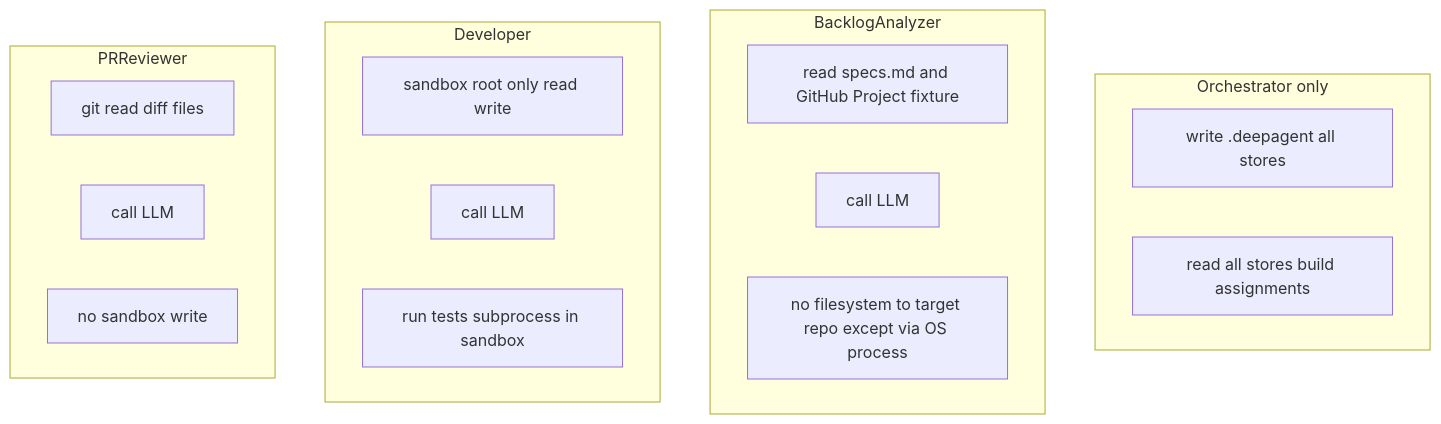
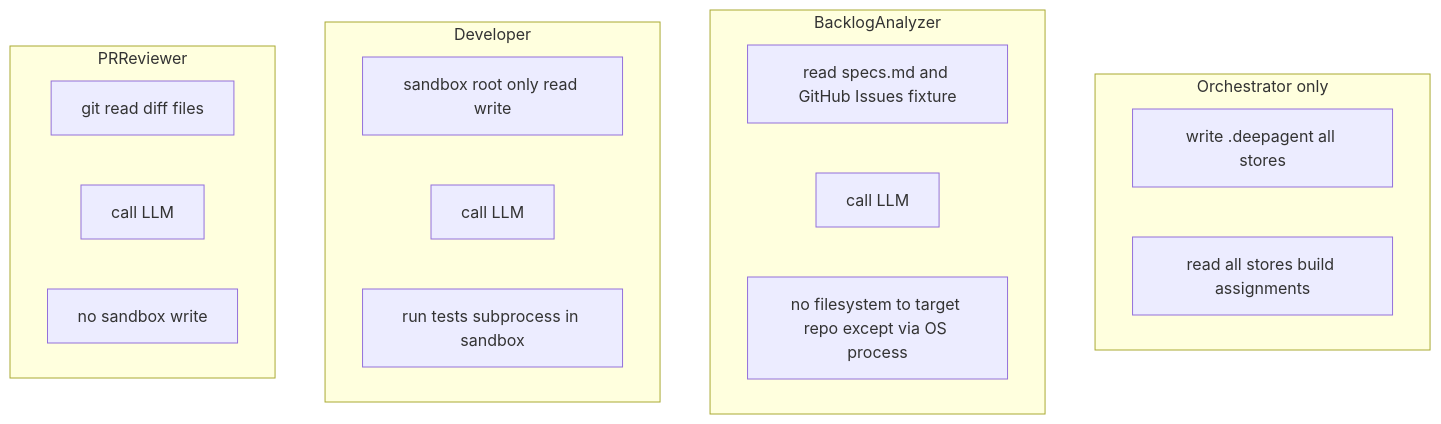
One commit to madeehrehman/sdlc_agent changed the sixth of 6 diagrams in system-design.md. Above: the diagram before and after it, drawn with Mermaid. The commit also changed other lines of this file and 22 other files, not shown here.

First line of the commit message:
refactor: transition from GitHub Projects to Issues in lifecycle integration

````diff
--- a/system-design.md
+++ b/system-design.md
@@ -257,25 +257,25 @@
 ```mermaid
 flowchart TB
   subgraph Orchestrator_only["Orchestrator only"]
     W["write .deepagent all stores"]
     R["read all stores build assignments"]
   end
 
   subgraph BA["BacklogAnalyzer"]
-    B1["read specs.md and GitHub Project fixture"]
+    B1["read specs.md and GitHub Issues fixture"]
     B2["call LLM"]
     B3["no filesystem to target repo except via OS process"]
   end
 
   subgraph DV["Developer"]
     D1["sandbox root only read write"]
     D2["call LLM"]
     D3["run tests subprocess in sandbox"]
   end
 
   subgraph PRr["PRReviewer"]
     P1["git read diff files"]
     P2["call LLM"]
     P3["no sandbox write"]
   end
 ```
````
